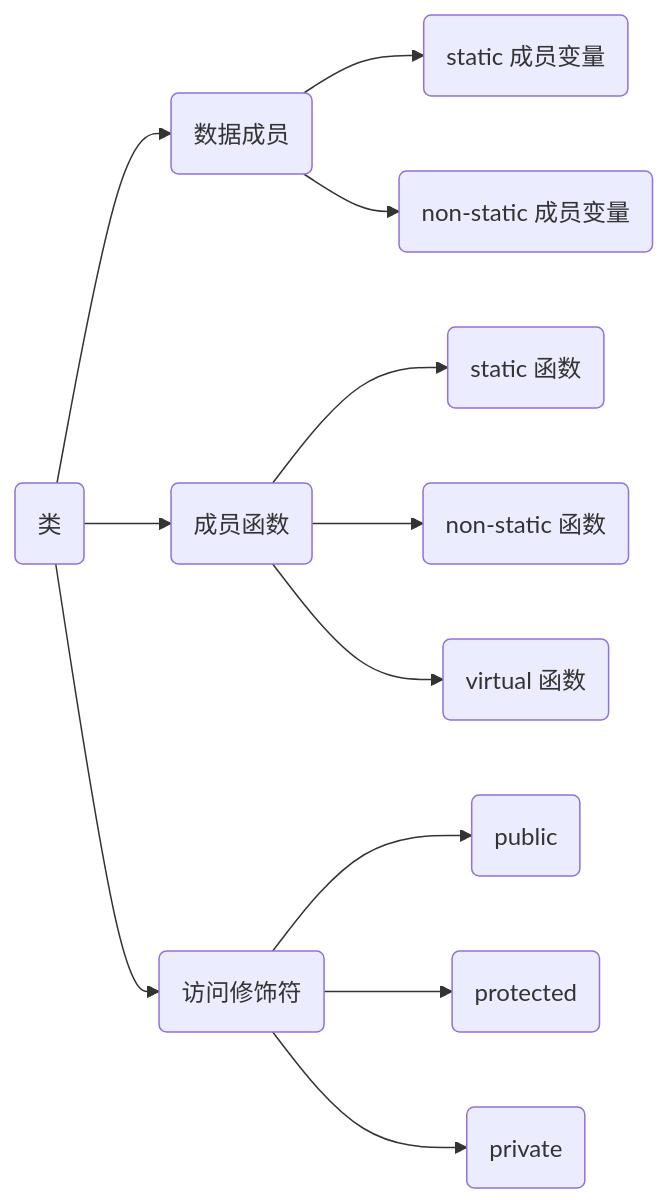
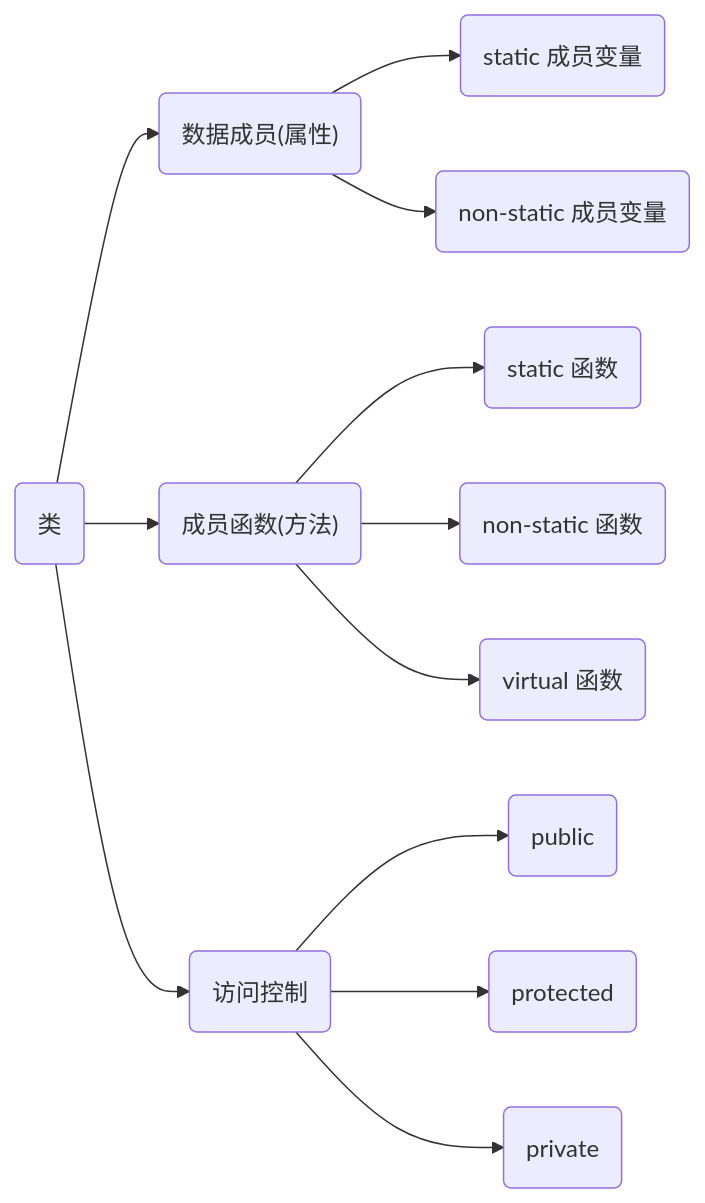
One commit to dmjcb/dmjcb.github.io changed the first of 9 diagrams in _posts/c_c++/c++/OOP/2024-11-01-面向对象.md. Above: the diagram before and after it, drawn with Mermaid. The commit also changed other lines of this file and 13 other files, not shown here.

````diff
--- a/_posts/c_c++/c++/OOP/2024-11-01-面向对象.md
+++ b/_posts/c_c++/c++/OOP/2024-11-01-面向对象.md
@@ -27,15 +29,15 @@
 ```mermaid
 graph LR;
     A(类)
-    A-->B(数据成员)
+    A-->B("数据成员(属性)")
         B-->B1(static 成员变量)
         B-->B2(non-static 成员变量)
-    A-->C(成员函数)
+    A-->C("成员函数(方法)")
         C-->C1(static 函数)
         C-->C2(non-static 函数)
         C-->C3(virtual 函数)
-    A-->D(访问修饰符)
+    A-->D(访问控制)
         D-->D1(public)
         D-->D2(protected)
         D-->D3(private)
 ```
````
